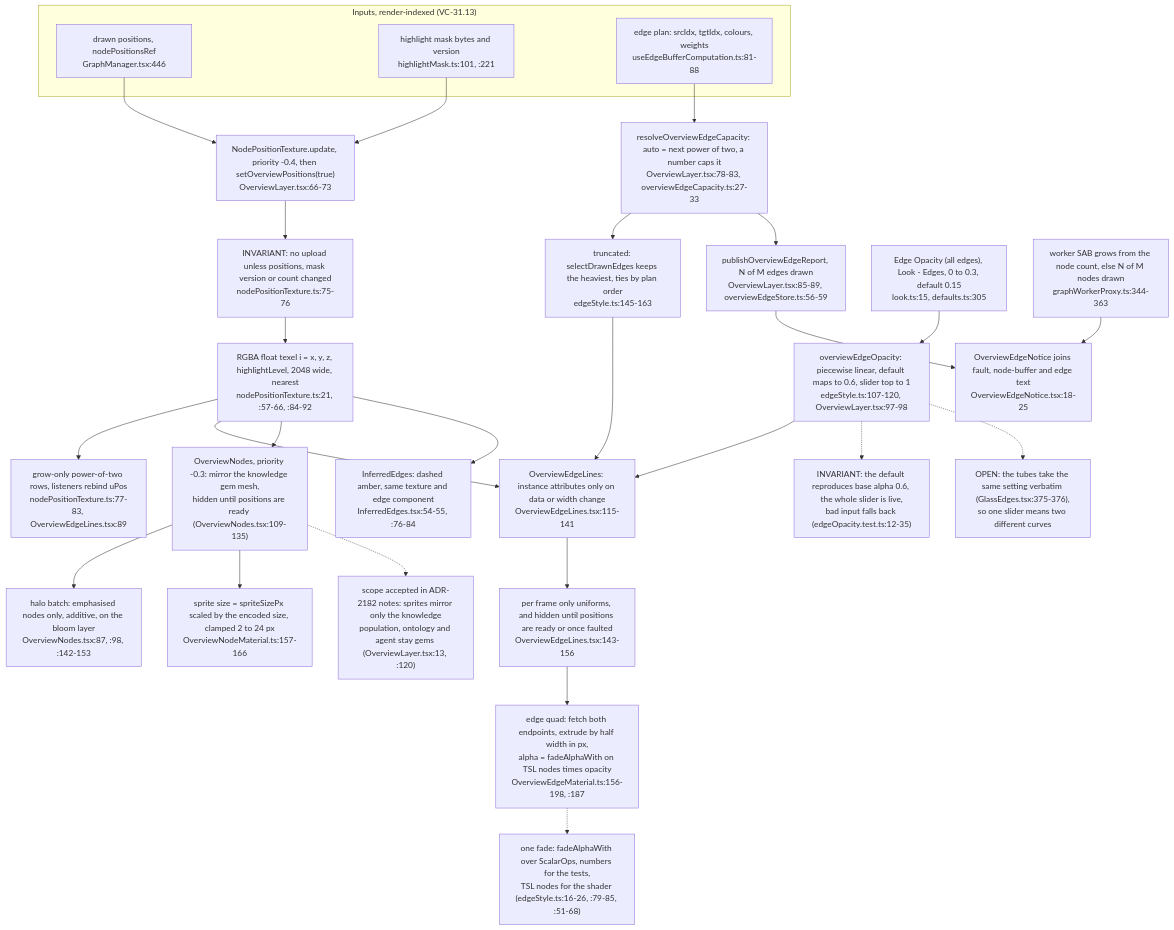
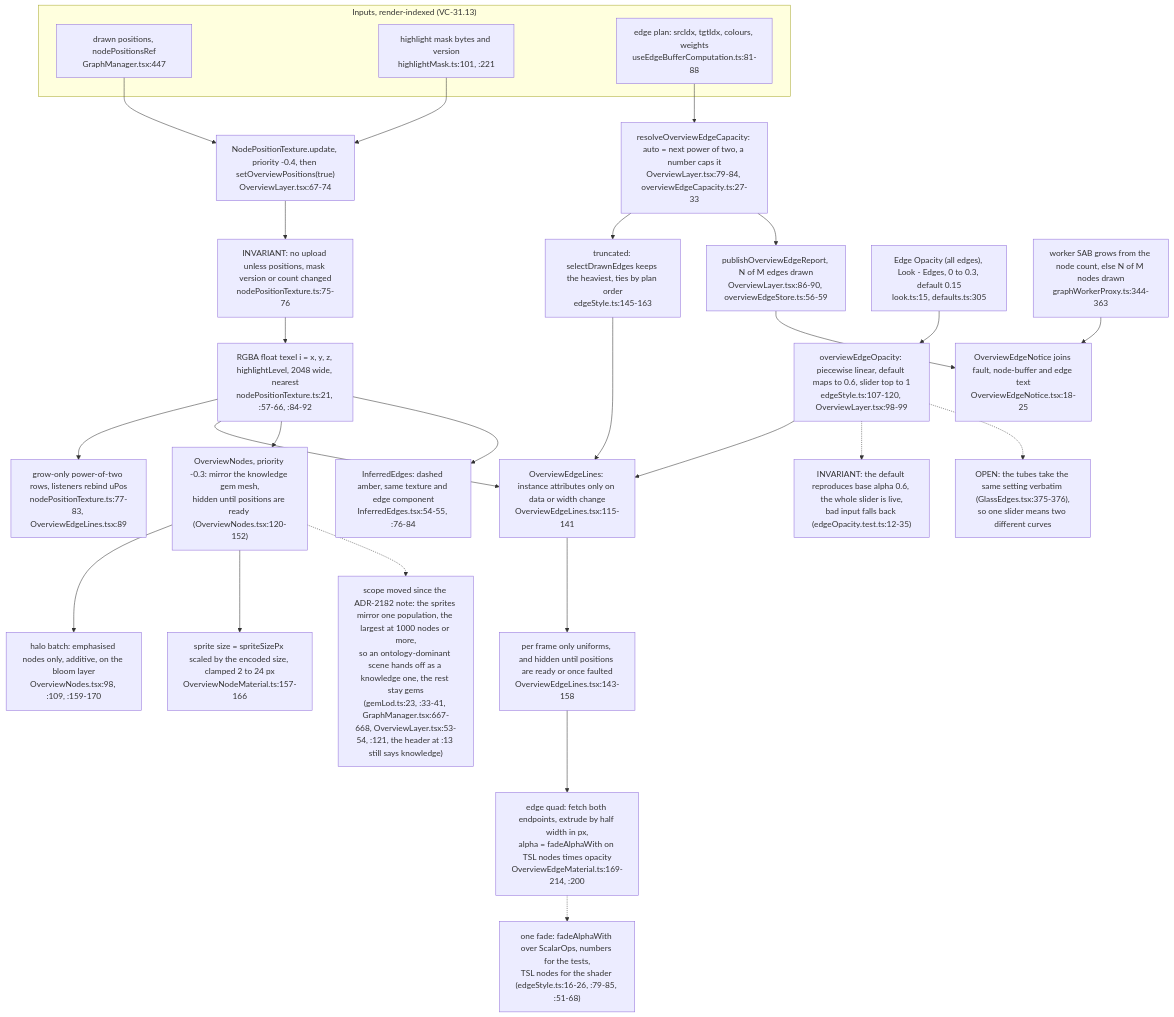
Before and after one commit to DreamLab-AI/VisionFlow: diagram 12 of 15 in docs/diagrams/visionclaw/31-client-graph-render-pipeline.md, drawn with Mermaid. The commit also changed other lines of this file and 49 other files, not shown here.

First line of the commit message:
docs(diagrams): re-derive and re-stamp VisionClaw, estate, knowledge-graph, visionGraph, VisionFlow and sidestr topics

````diff
--- a/docs/diagrams/visionclaw/31-client-graph-render-pipeline.md
+++ b/docs/diagrams/visionclaw/31-client-graph-render-pipeline.md
@@ -676,32 +676,32 @@
 ```mermaid
 flowchart TB
     subgraph SRC["Inputs, render-indexed (VC-31.13)"]
-        DRAWN["drawn positions, nodePositionsRef<br/>GraphManager.tsx:446"]
+        DRAWN["drawn positions, nodePositionsRef<br/>GraphManager.tsx:447"]
         MASK["highlight mask bytes and version<br/>highlightMask.ts:101, :221"]
         PLAN["edge plan: srcIdx, tgtIdx, colours, weights<br/>useEdgeBufferComputation.ts:81-88"]
     end
-    DRAWN --> TEX["NodePositionTexture.update, priority -0.4, then setOverviewPositions(true)<br/>OverviewLayer.tsx:66-73"]
+    DRAWN --> TEX["NodePositionTexture.update, priority -0.4, then setOverviewPositions(true)<br/>OverviewLayer.tsx:67-74"]
     MASK --> TEX
     TEX --> SKIP["INVARIANT: no upload unless positions, mask version or count changed<br/>nodePositionTexture.ts:75-76"]
     SKIP --> FILL["RGBA float texel i = x, y, z, highlightLevel, 2048 wide, nearest<br/>nodePositionTexture.ts:21, :57-66, :84-92"]
     FILL --> GROW["grow-only power-of-two rows, listeners rebind uPos<br/>nodePositionTexture.ts:77-83, OverviewEdgeLines.tsx:89"]
-    PLAN --> CAPN["resolveOverviewEdgeCapacity: auto = next power of two, a number caps it<br/>OverviewLayer.tsx:78-83, overviewEdgeCapacity.ts:27-33"]
+    PLAN --> CAPN["resolveOverviewEdgeCapacity: auto = next power of two, a number caps it<br/>OverviewLayer.tsx:79-84, overviewEdgeCapacity.ts:27-33"]
     CAPN --> PICK["truncated: selectDrawnEdges keeps the heaviest, ties by plan order<br/>edgeStyle.ts:145-163"]
-    CAPN --> REP["publishOverviewEdgeReport, N of M edges drawn<br/>OverviewLayer.tsx:85-89, overviewEdgeStore.ts:56-59"]
+    CAPN --> REP["publishOverviewEdgeReport, N of M edges drawn<br/>OverviewLayer.tsx:86-90, overviewEdgeStore.ts:56-59"]
     PICK --> EL["OverviewEdgeLines: instance attributes only on data or width change<br/>OverviewEdgeLines.tsx:115-141"]
     FILL --> EL
-    SET["Edge Opacity (all edges), Look - Edges, 0 to 0.3, default 0.15<br/>look.ts:15, defaults.ts:305"] --> OPA["overviewEdgeOpacity: piecewise linear, default maps to 0.6, slider top to 1<br/>edgeStyle.ts:107-120, OverviewLayer.tsx:97-98"]
+    SET["Edge Opacity (all edges), Look - Edges, 0 to 0.3, default 0.15<br/>look.ts:15, defaults.ts:305"] --> OPA["overviewEdgeOpacity: piecewise linear, default maps to 0.6, slider top to 1<br/>edgeStyle.ts:107-120, OverviewLayer.tsx:98-99"]
     OPA --> EL
     OPA -.-> I2["INVARIANT: the default reproduces base alpha 0.6, the whole slider is live,<br/>bad input falls back (edgeOpacity.test.ts:12-35)"]
-    EL --> EUN["per frame only uniforms, and hidden until positions are ready or once faulted<br/>OverviewEdgeLines.tsx:143-156"]
-    EUN --> EMAT["edge quad: fetch both endpoints, extrude by half width in px,<br/>alpha = fadeAlphaWith on TSL nodes times opacity<br/>OverviewEdgeMaterial.ts:156-198, :187"]
+    EL --> EUN["per frame only uniforms, and hidden until positions are ready or once faulted<br/>OverviewEdgeLines.tsx:143-158"]
+    EUN --> EMAT["edge quad: fetch both endpoints, extrude by half width in px,<br/>alpha = fadeAlphaWith on TSL nodes times opacity<br/>OverviewEdgeMaterial.ts:169-214, :200"]
     EMAT -.-> ONE["one fade: fadeAlphaWith over ScalarOps, numbers for the tests,<br/>TSL nodes for the shader (edgeStyle.ts:16-26, :79-85, :51-68)"]
-    FILL --> NODES["OverviewNodes, priority -0.3: mirror the knowledge gem mesh,<br/>hidden until positions are ready (OverviewNodes.tsx:109-135)"]
-    NODES --> HALO["halo batch: emphasised nodes only, additive, on the bloom layer<br/>OverviewNodes.tsx:87, :98, :142-153"]
+    FILL --> NODES["OverviewNodes, priority -0.3: mirror the knowledge gem mesh,<br/>hidden until positions are ready (OverviewNodes.tsx:120-152)"]
+    NODES --> HALO["halo batch: emphasised nodes only, additive, on the bloom layer<br/>OverviewNodes.tsx:98, :109, :159-170"]
     NODES --> NMAT["sprite size = spriteSizePx scaled by the encoded size, clamped 2 to 24 px<br/>OverviewNodeMaterial.ts:157-166"]
     FILL --> INF["InferredEdges: dashed amber, same texture and edge component<br/>InferredEdges.tsx:54-55, :76-84"]
     REP --> NOTICE["OverviewEdgeNotice joins fault, node-buffer and edge text<br/>OverviewEdgeNotice.tsx:18-25"]
     WRK["worker SAB grows from the node count, else N of M nodes drawn<br/>graphWorkerProxy.ts:344-363"] --> NOTICE
-    NODES -.-> O1["scope accepted in ADR-2182 notes: sprites mirror only the knowledge<br/>population, ontology and agent stay gems (OverviewLayer.tsx:13, :120)"]
+    NODES -.-> O1["scope moved since the ADR-2182 note: the sprites mirror one population, the largest at 1000 nodes or more,<br/>so an ontology-dominant scene hands off as a knowledge one, the rest stay gems<br/>(gemLod.ts:23, :33-41, GraphManager.tsx:667-668, OverviewLayer.tsx:53-54, :121, the header at :13 still says knowledge)"]
     OPA -.-> O2["OPEN: the tubes take the same setting verbatim (GlassEdges.tsx:375-376),<br/>so one slider means two different curves"]
 ```
````
